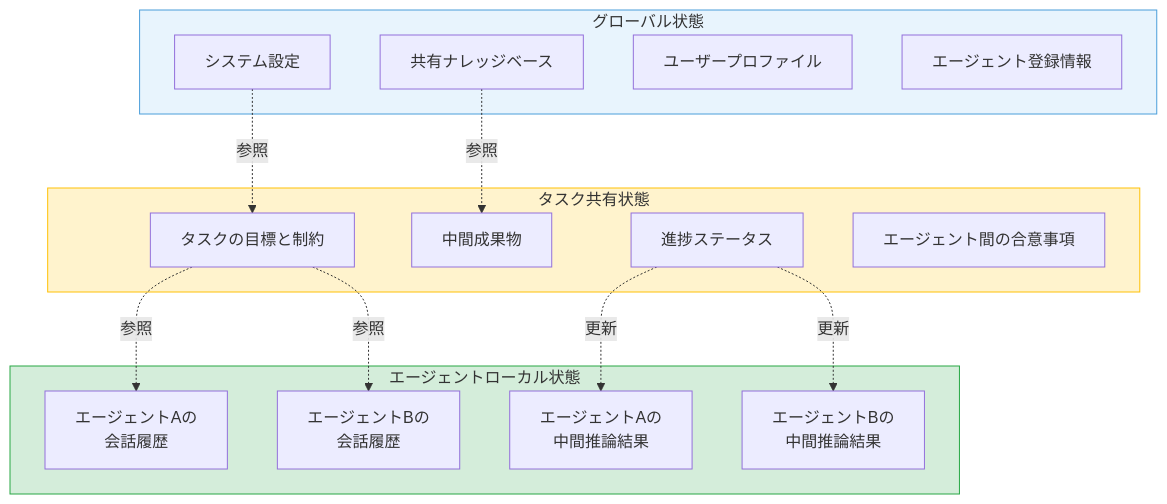
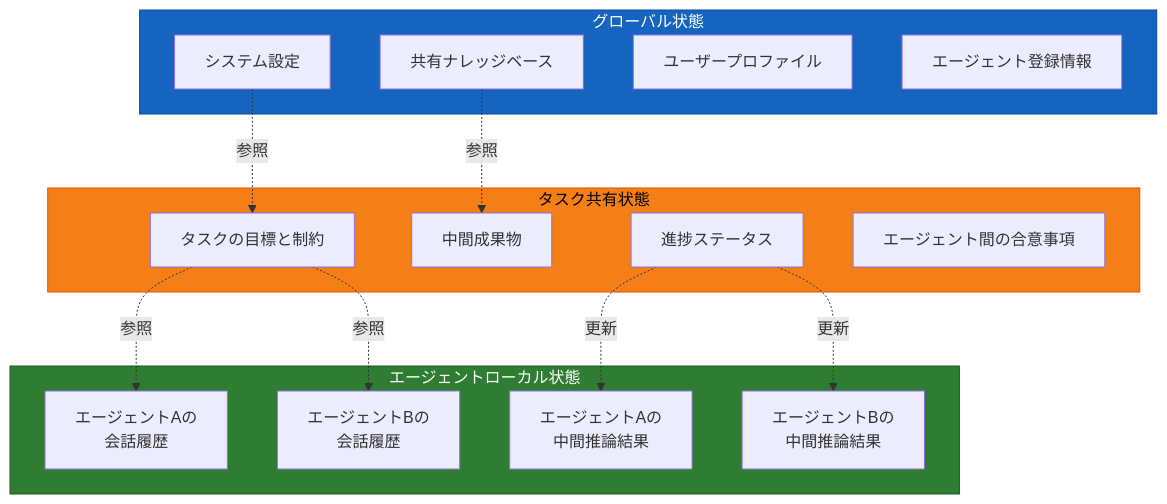
Before and after one commit to sogawa-yk/multi-agent-book: the first of 5 diagrams in manuscript/ch06/ch06.md, drawn with Mermaid. The commit also changed other lines of this file and 4 other files, not shown here.

````diff
--- a/manuscript/ch06/ch06.md
+++ b/manuscript/ch06/ch06.md
@@ -17,34 +17,34 @@
 ```mermaid
 graph TB
     subgraph グローバル状態
         G1["システム設定"]
         G2["共有ナレッジベース"]
         G3["ユーザープロファイル"]
         G4["エージェント登録情報"]
     end
 
     subgraph タスク共有状態
         T1["タスクの目標と制約"]
         T2["中間成果物"]
         T3["進捗ステータス"]
         T4["エージェント間の合意事項"]
     end
 
     subgraph エージェントローカル状態
         A1["エージェントAの<br/>会話履歴"]
         A2["エージェントAの<br/>中間推論結果"]
         A3["エージェントBの<br/>会話履歴"]
         A4["エージェントBの<br/>中間推論結果"]
     end
 
     G1 -.->|"参照"| T1
     G2 -.->|"参照"| T2
     T1 -.->|"参照"| A1
     T1 -.->|"参照"| A3
     T3 -.->|"更新"| A2
     T3 -.->|"更新"| A4
 
-    style グローバル状態 fill:#e8f4fd,stroke:#4a9eda
-    style タスク共有状態 fill:#fff3cd,stroke:#ffc107
-    style エージェントローカル状態 fill:#d4edda,stroke:#28a745
+    style グローバル状態 fill:#1565c0,stroke:#0d47a1,color:#ffffff
+    style タスク共有状態 fill:#f57f17,stroke:#e65100,color:#000000
+    style エージェントローカル状態 fill:#2e7d32,stroke:#1b5e20,color:#ffffff
 ```
````
